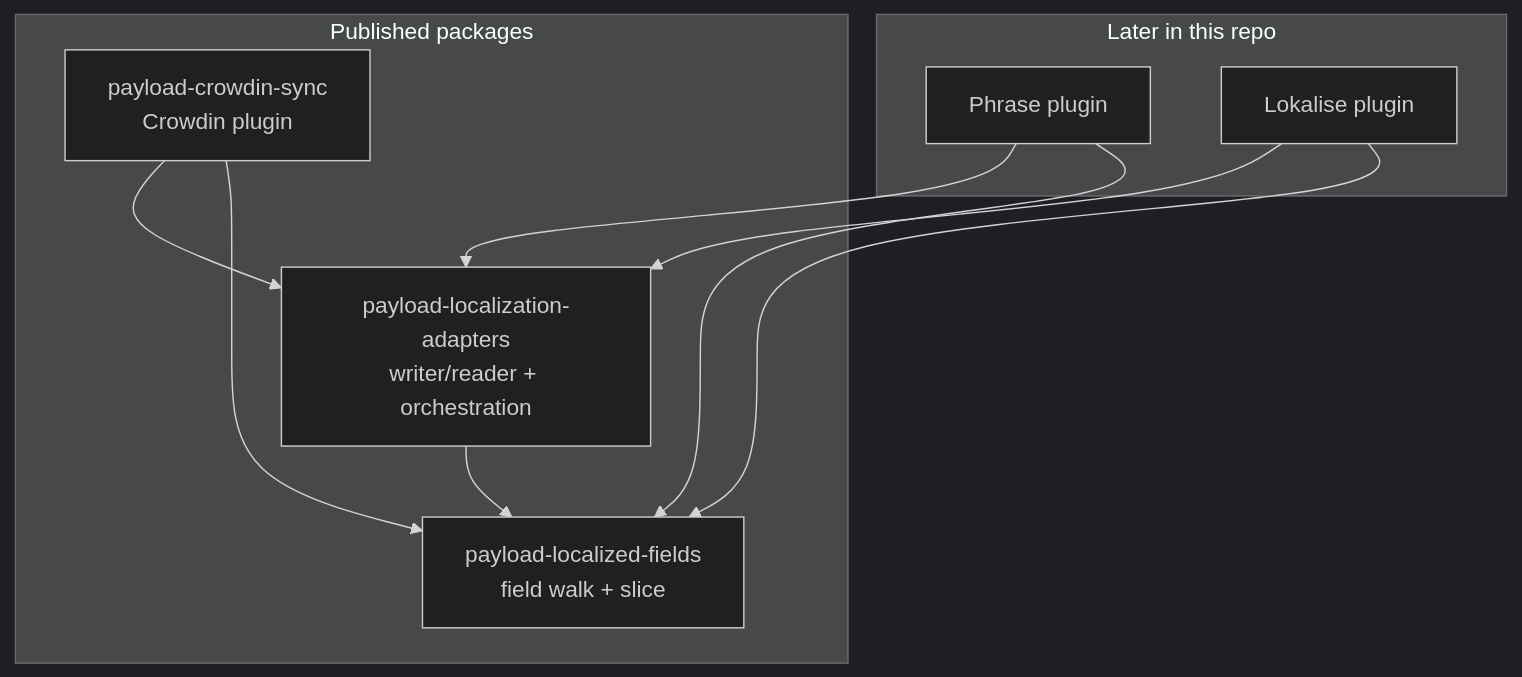
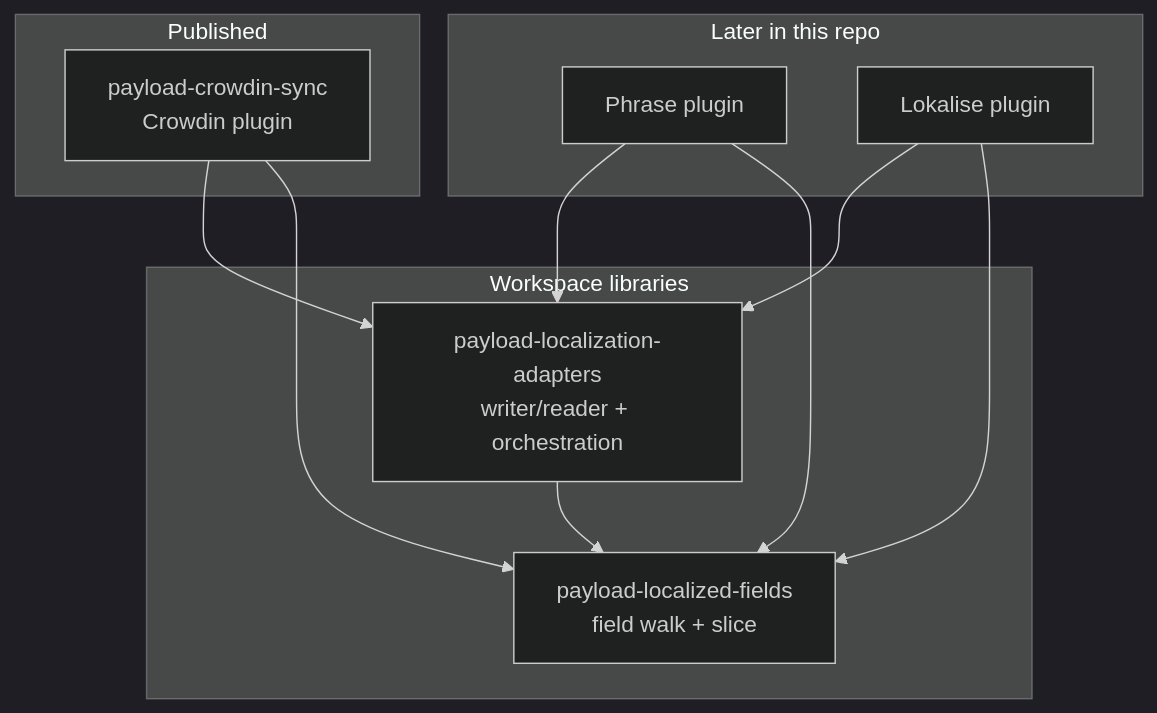
The first of 3 diagrams in docs-site/docs/repo/packages.md (thompsonsj/payload-crowdin-sync), drawn with Mermaid (dark theme) before and after one commit. The commit also changed other lines of this file and 27 other files, not shown here.

First line of the commit message:
feat(packages): Stop publishing document and adapters; vendor them into the plugin (#412)

````diff
--- a/docs-site/docs/repo/packages.md
+++ b/docs-site/docs/repo/packages.md
@@ -18,21 +18,24 @@
 ```mermaid
 flowchart TB
-  subgraph published["Published packages"]
+  subgraph published["Published"]
+    crowdinPkg["payload-crowdin-sync<br/>Crowdin plugin"]
+  end
+
+  subgraph workspace["Workspace libraries"]
     documentPkg["payload-localized-fields<br/>field walk + slice"]
     adaptersPkg["payload-localization-adapters<br/>writer/reader + orchestration"]
-    crowdinPkg["payload-crowdin-sync<br/>Crowdin plugin"]
   end
 
   subgraph later["Later in this repo"]
     phrasePkg["Phrase plugin"]
     lokalisePkg["Lokalise plugin"]
   end
 
   crowdinPkg --> adaptersPkg
   crowdinPkg --> documentPkg
   phrasePkg --> adaptersPkg
   phrasePkg --> documentPkg
   lokalisePkg --> adaptersPkg
   lokalisePkg --> documentPkg
   adaptersPkg --> documentPkg
 ```
````
